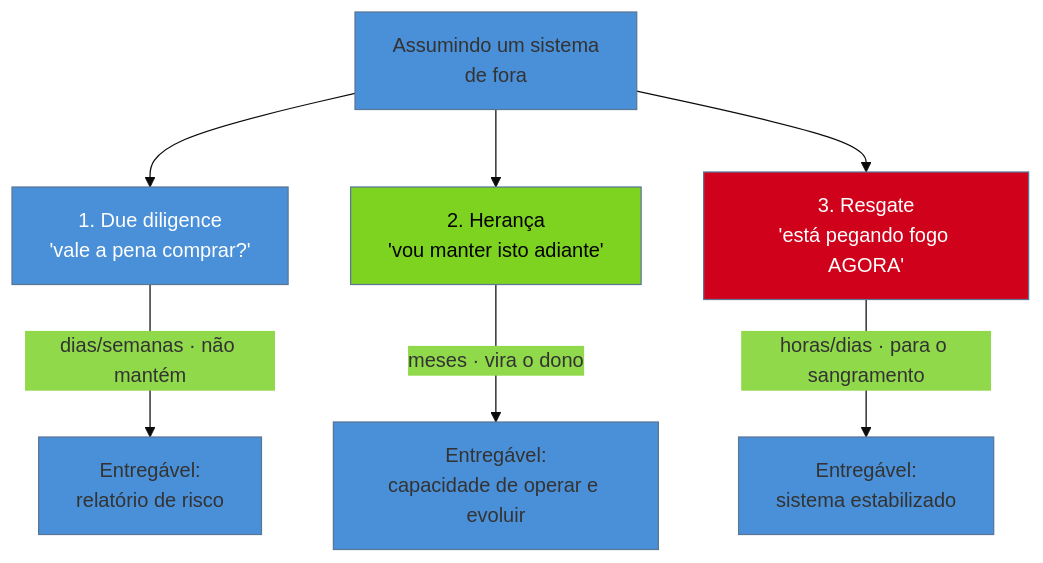
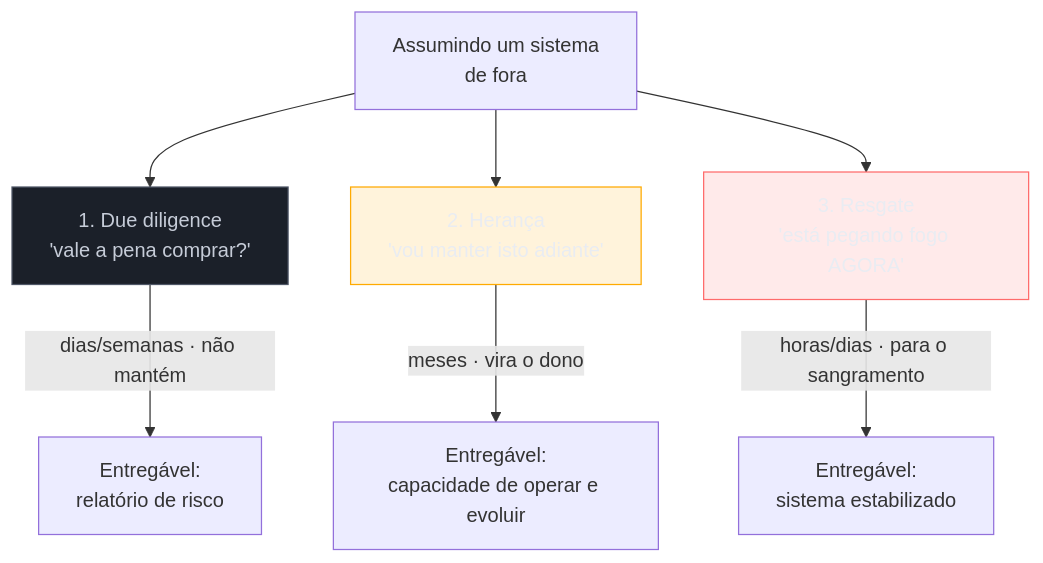
One commit to josenaldo/codex-technomanticus changed the diagram in 03-Dominios/Engenharia/Arqueologia e Restauração de Software/03 - A lente do consultor.md. Above: the diagram before and after it, drawn with Mermaid. The commit also changed 1181 other files, not shown here.

First line of the commit message:
fix(diagramas): paleta do sistema no lugar de cor cravada no markdown

````diff
--- a/03-Dominios/Engenharia/Arqueologia e Restauração de Software/03 - A lente do consultor.md
+++ b/03-Dominios/Engenharia/Arqueologia e Restauração de Software/03 - A lente do consultor.md
@@ -41,13 +41,15 @@
 ```mermaid
-%%{init: {"theme": "base", "themeVariables": {"primaryColor": "#4A90D9"}}}%%
 graph TD
+    classDef neutro fill:#1B2029,stroke:#4E5666,color:#C6CCD8
+    classDef destaque fill:#FFAA0024,stroke:#FFAA00,color:#E9ECF2
+    classDef falha fill:#FF6B6B24,stroke:#FF6B6B,color:#E9ECF2
     Q["Assumindo um sistema<br/>de fora"] --> DD["1. Due diligence<br/>'vale a pena comprar?'"]
     Q --> H["2. Herança<br/>'vou manter isto adiante'"]
     Q --> R["3. Resgate<br/>'está pegando fogo AGORA'"]
     DD -->|"dias/semanas · não mantém"| DDE["Entregável:<br/>relatório de risco"]
     H -->|"meses · vira o dono"| HE["Entregável:<br/>capacidade de operar e evoluir"]
     R -->|"horas/dias · para o sangramento"| RE["Entregável:<br/>sistema estabilizado"]
-    style DD fill:#4A90D9,color:#fff
-    style H fill:#7ED321,color:#000
-    style R fill:#D0021B,color:#fff
+    class DD neutro
+    class H destaque
+    class R falha
 ```
````
